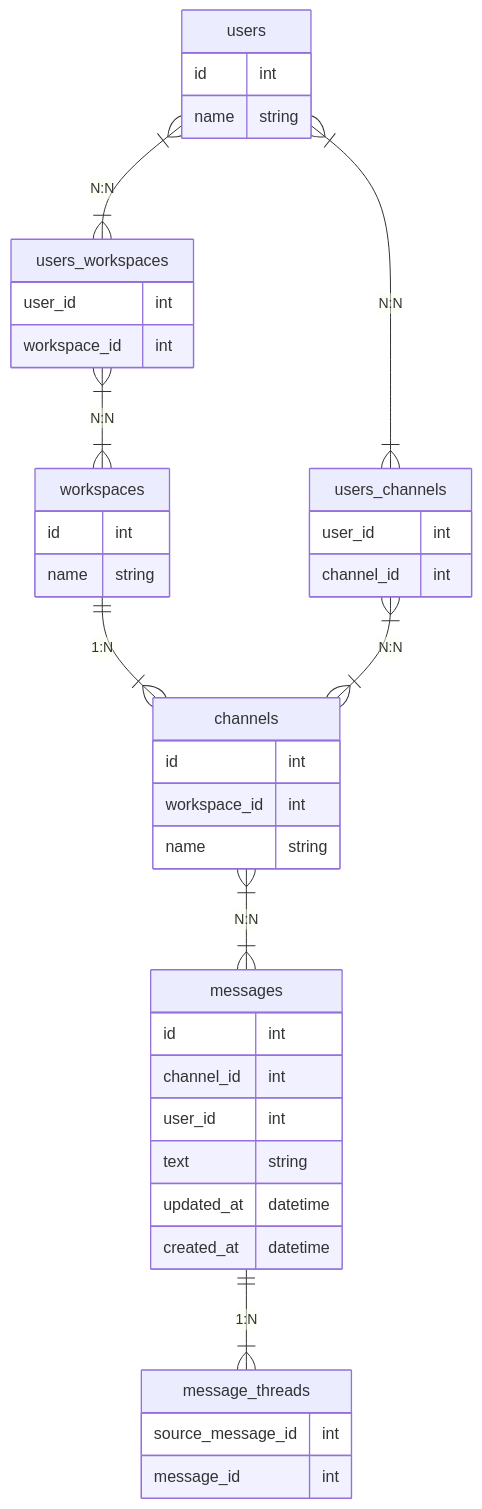
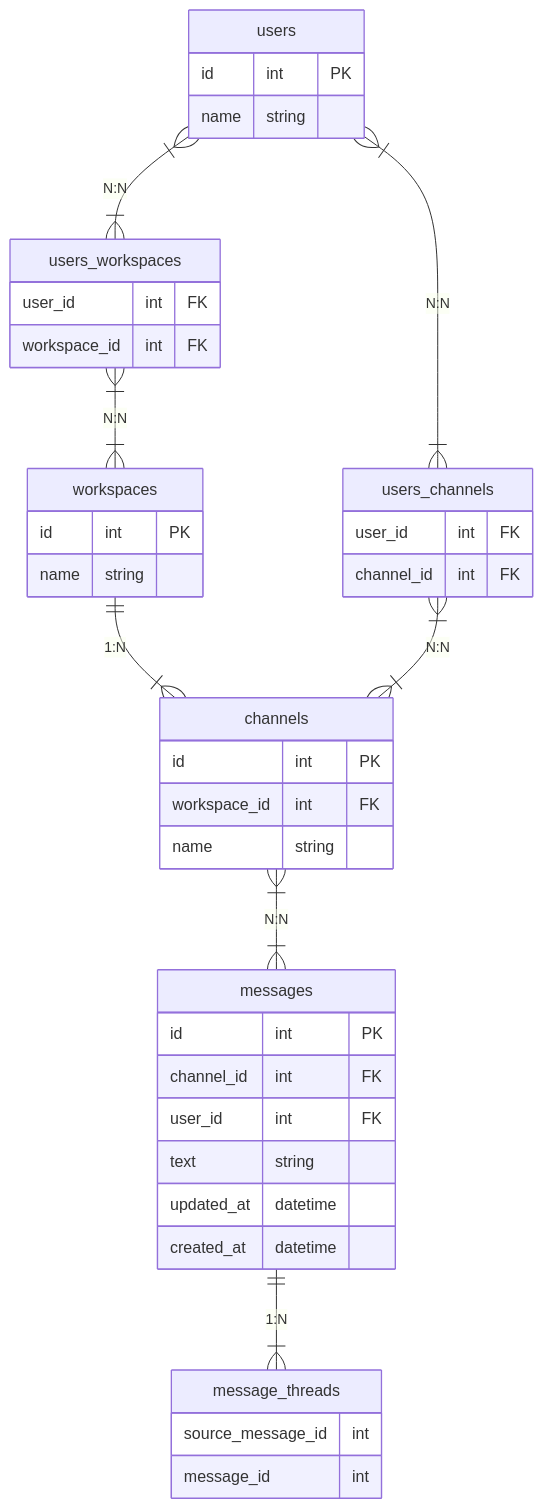
One commit to HitoroOhria/praha-challenge changed the diagram in db/db-modeling-2/README.md. Above: the diagram before and after it, drawn with Mermaid.

Commit message:
テーブルにPK,FK を付与

````diff
--- a/db/db-modeling-2/README.md
+++ b/db/db-modeling-2/README.md
@@ -9,52 +9,52 @@
 ```mermaid
 erDiagram
 
+users }|--|{ users_workspaces : "N:N"
+users }|--|{ users_channels : "N:N"
 users {
-    id int
+    id int PK
     name string 
 }
 
+users_workspaces }|--|{ workspaces : "N:N"
 users_workspaces {
-    user_id int
-    workspace_id int
+    user_id int FK
+    workspace_id int FK
 }
 
+workspaces ||--|{ channels : "1:N"
 workspaces {
-    id int
+    id int PK
     name string
 }
 
+users_channels }|--|{ channels : "N:N"
 users_channels {
-    user_id int
-    channel_id int
+    user_id int FK
+    channel_id int FK
 }
 
+channels }|--|{ messages : "N:N"
 channels {
-    id int
-    workspace_id int
+    id int PK
+    workspace_id int FK
     name string
 }
 
 messages {
-    id int
-    channel_id int
-    user_id int
+    id int PK
+    channel_id int FK
+    user_id int FK
     text string
     updated_at datetime
     created_at datetime
 }
 
 message_threads {
     source_message_id int
     message_id int
 }
 
-users }|--|{ users_workspaces : "N:N"
-users }|--|{ users_channels : "N:N"
-users_workspaces }|--|{ workspaces : "N:N"
-workspaces ||--|{ channels : "1:N"
-users_channels }|--|{ channels : "N:N"
-channels }|--|{ messages : "N:N"
 messages ||--|{ message_threads : "1:N"
 
 ```
````
